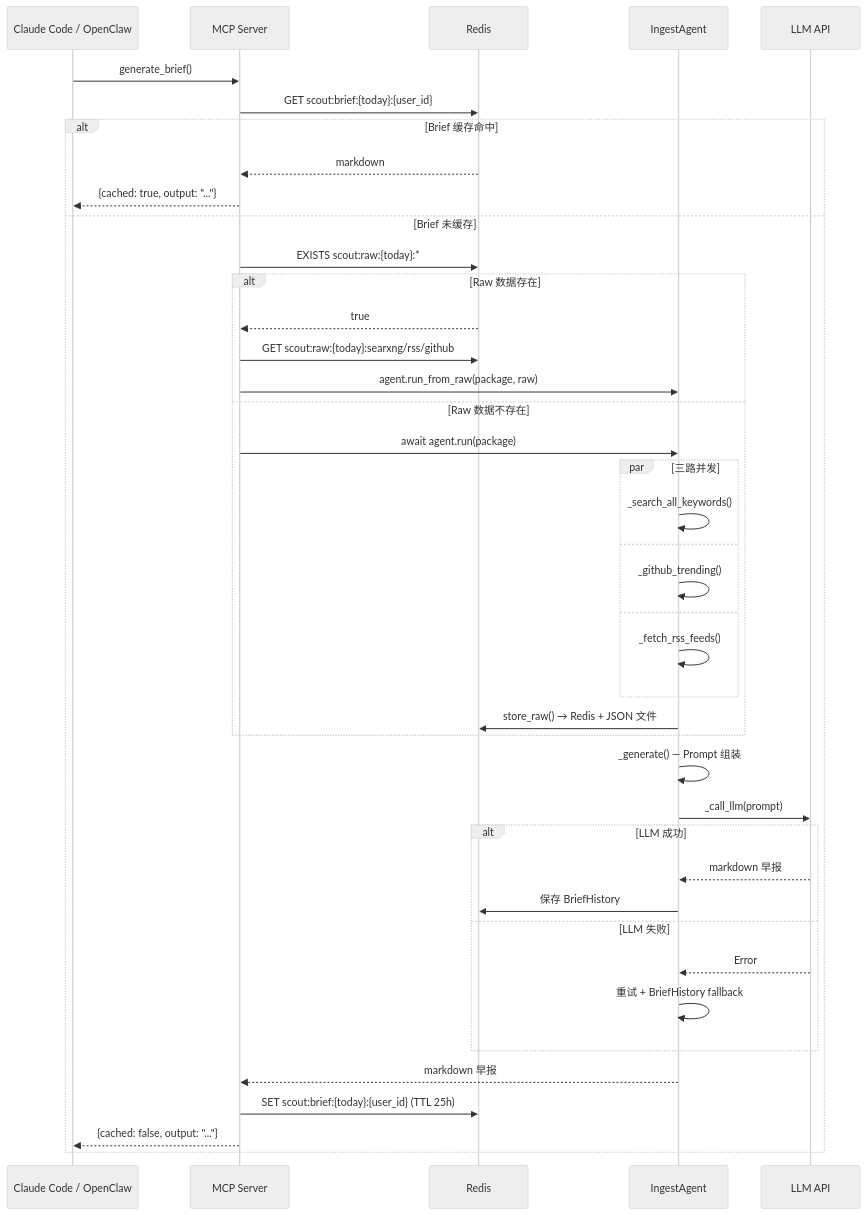
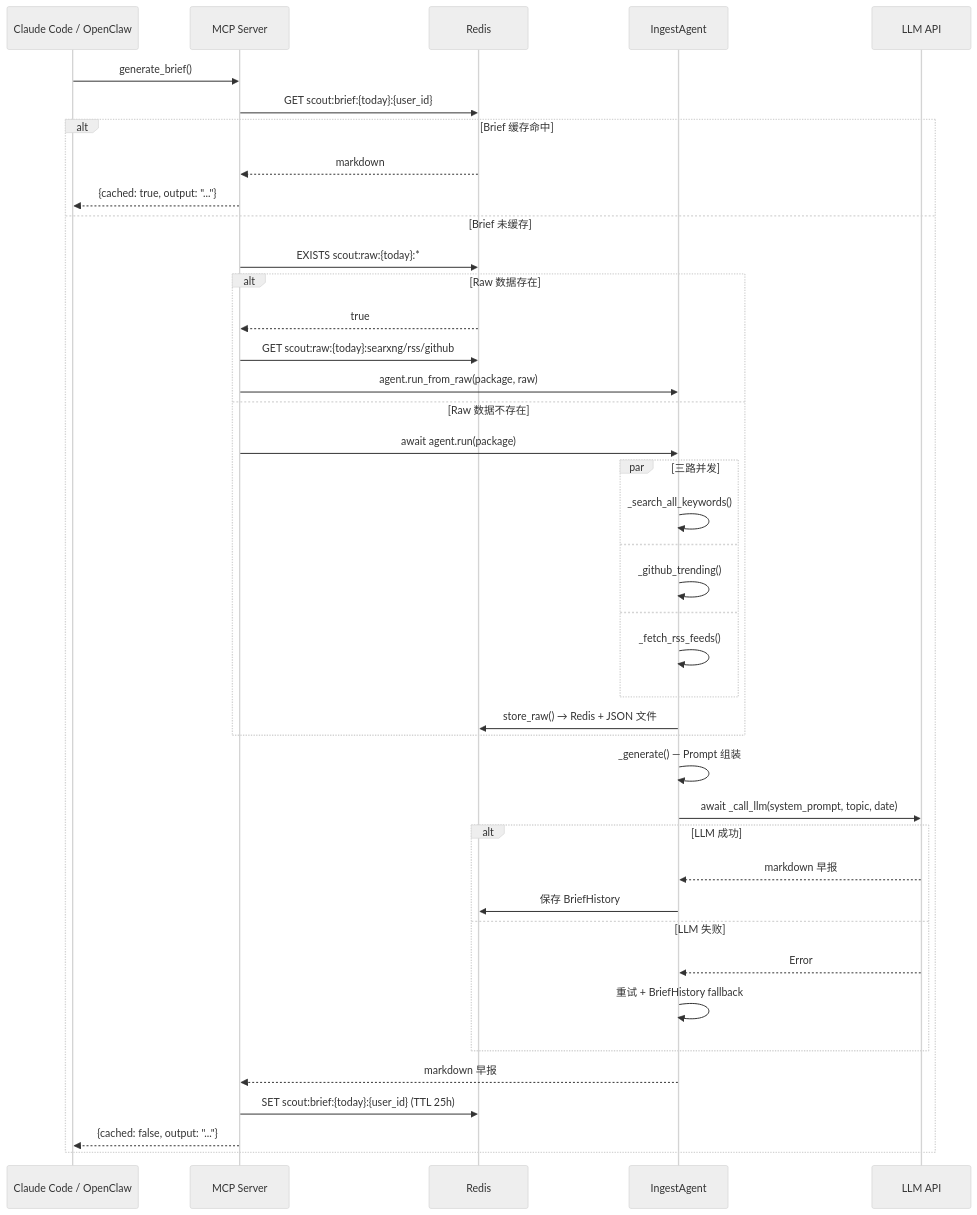
The second of 2 diagrams in docs/design/02-agent-pipeline.md (xinovate/linglong-scout), drawn with Mermaid (neutral theme) before and after one commit. The commit also changed other lines of this file and 19 other files, not shown here.

````diff
--- a/docs/design/02-agent-pipeline.md
+++ b/docs/design/02-agent-pipeline.md
@@ -79,50 +79,50 @@
 ```mermaid
 sequenceDiagram
     participant Agent as Claude Code / OpenClaw
     participant MCP as MCP Server
     participant Redis as Redis
     participant AgentCore as IngestAgent
     participant LLM as LLM API
 
     Agent->>MCP: generate_brief()
 
     MCP->>Redis: GET scout:brief:{today}:{user_id}
     alt Brief 缓存命中
         Redis-->>MCP: markdown
         MCP-->>Agent: {cached: true, output: "..."}
     else Brief 未缓存
         MCP->>Redis: EXISTS scout:raw:{today}:*
         alt Raw 数据存在
             Redis-->>MCP: true
             MCP->>Redis: GET scout:raw:{today}:searxng/rss/github
             MCP->>AgentCore: agent.run_from_raw(package, raw)
         else Raw 数据不存在
             MCP->>AgentCore: await agent.run(package)
 
             par 三路并发
                 AgentCore->>AgentCore: _search_all_keywords()
             and
                 AgentCore->>AgentCore: _github_trending()
             and
                 AgentCore->>AgentCore: _fetch_rss_feeds()
             end
 
             AgentCore->>Redis: store_raw() → Redis + JSON 文件
         end
 
         AgentCore->>AgentCore: _generate() — Prompt 组装
-        AgentCore->>LLM: _call_llm(prompt)
+        AgentCore->>LLM: await _call_llm(system_prompt, topic, date)
 
         alt LLM 成功
             LLM-->>AgentCore: markdown 早报
             AgentCore->>Redis: 保存 BriefHistory
         else LLM 失败
             LLM-->>AgentCore: Error
             AgentCore->>AgentCore: 重试 + BriefHistory fallback
         end
 
         AgentCore-->>MCP: markdown 早报
         MCP->>Redis: SET scout:brief:{today}:{user_id} (TTL 25h)
         MCP-->>Agent: {cached: false, output: "..."}
     end
 ```
````
